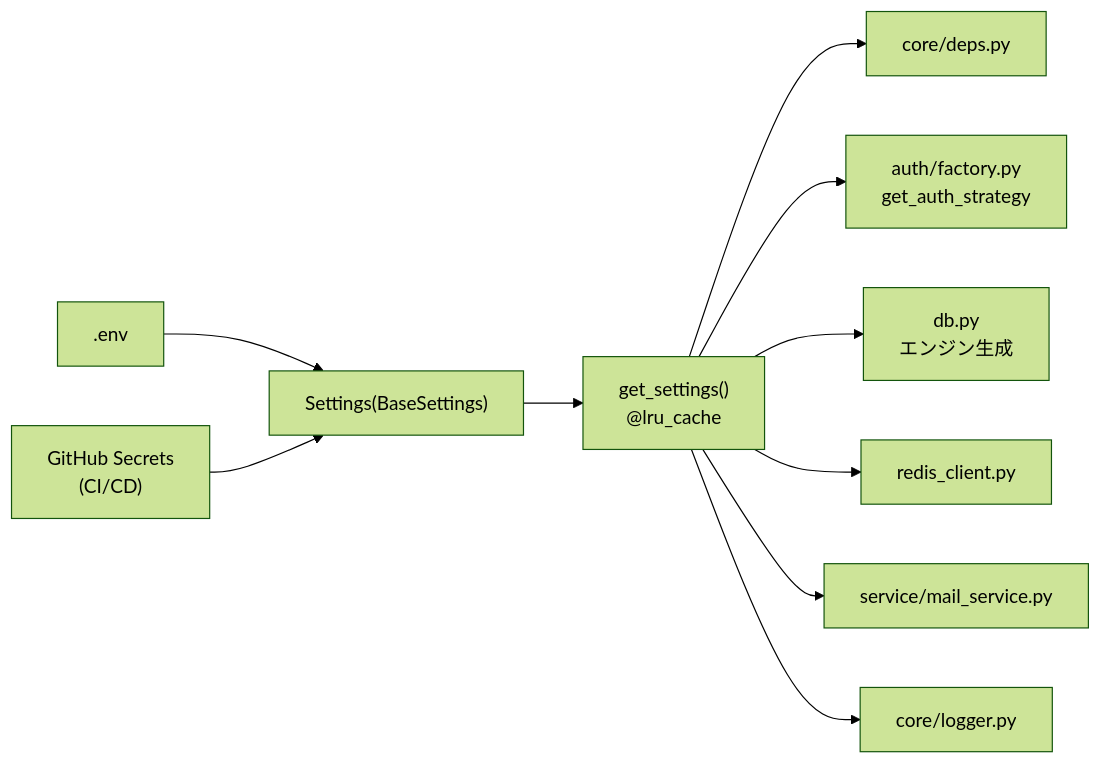
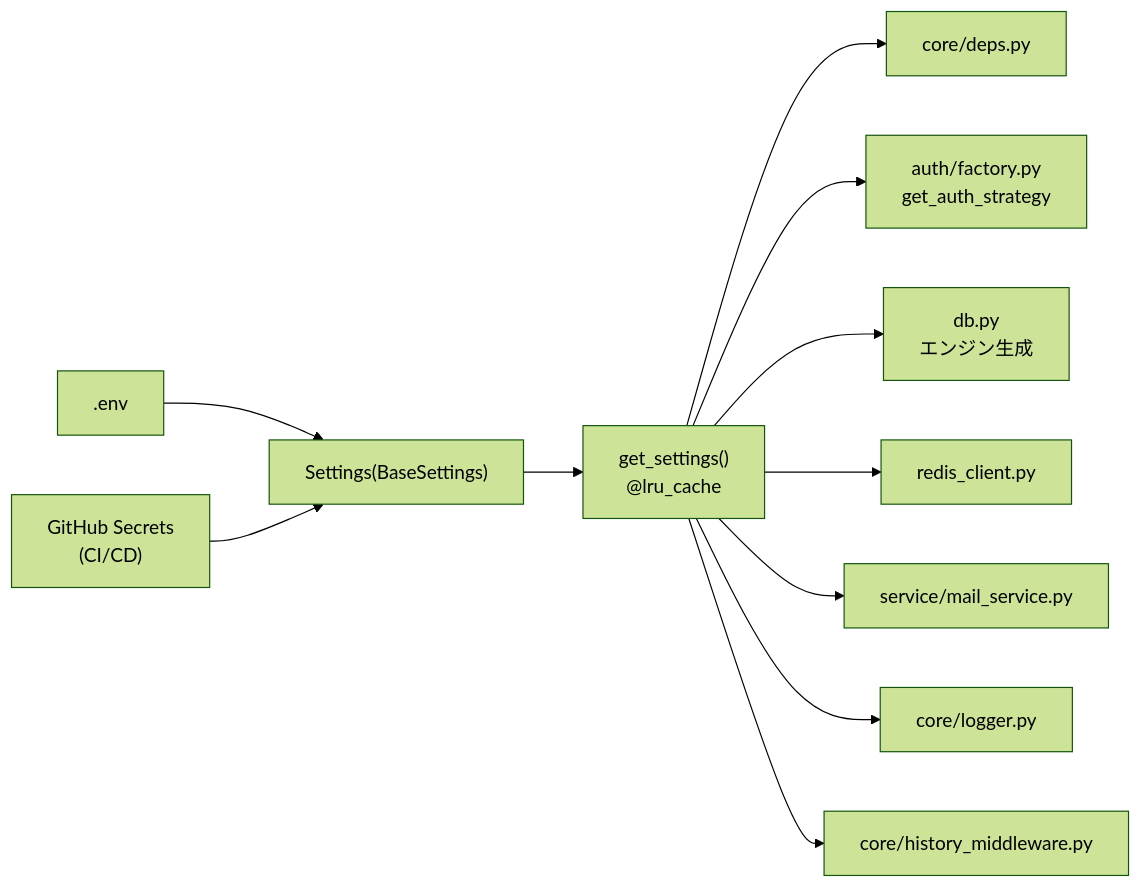
The third of 3 diagrams in detailed_design/infra/04_env_config.md (oikawa-d/task_management), drawn with Mermaid (forest theme) before and after one commit. The commit also changed other lines of this file and 21 other files, not shown here.

````diff
--- a/detailed_design/infra/04_env_config.md
+++ b/detailed_design/infra/04_env_config.md
@@ -236,12 +240,13 @@
 ```mermaid
 flowchart LR
     ENVFILE[".env"] --> SETTINGS["Settings(BaseSettings)"]
     SECRETS["GitHub Secrets<br/>(CI/CD)"] --> SETTINGS
     SETTINGS --> GETSETTINGS["get_settings()<br/>@lru_cache"]
     GETSETTINGS --> DEPS["core/deps.py"]
     GETSETTINGS --> FACTORY["auth/factory.py<br/>get_auth_strategy"]
     GETSETTINGS --> DB["db.py<br/>エンジン生成"]
     GETSETTINGS --> REDISCLIENT["redis_client.py"]
     GETSETTINGS --> MAILSVC["service/mail_service.py"]
     GETSETTINGS --> LOGGER["core/logger.py"]
+    GETSETTINGS --> HISTORY["core/history_middleware.py"]
 ```
````
